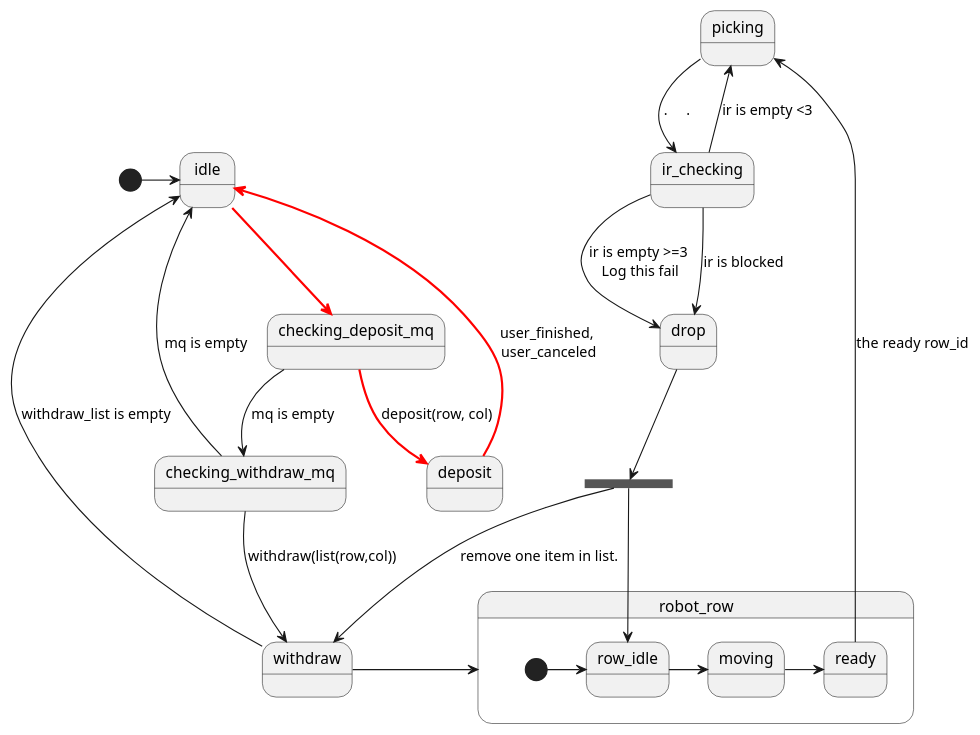
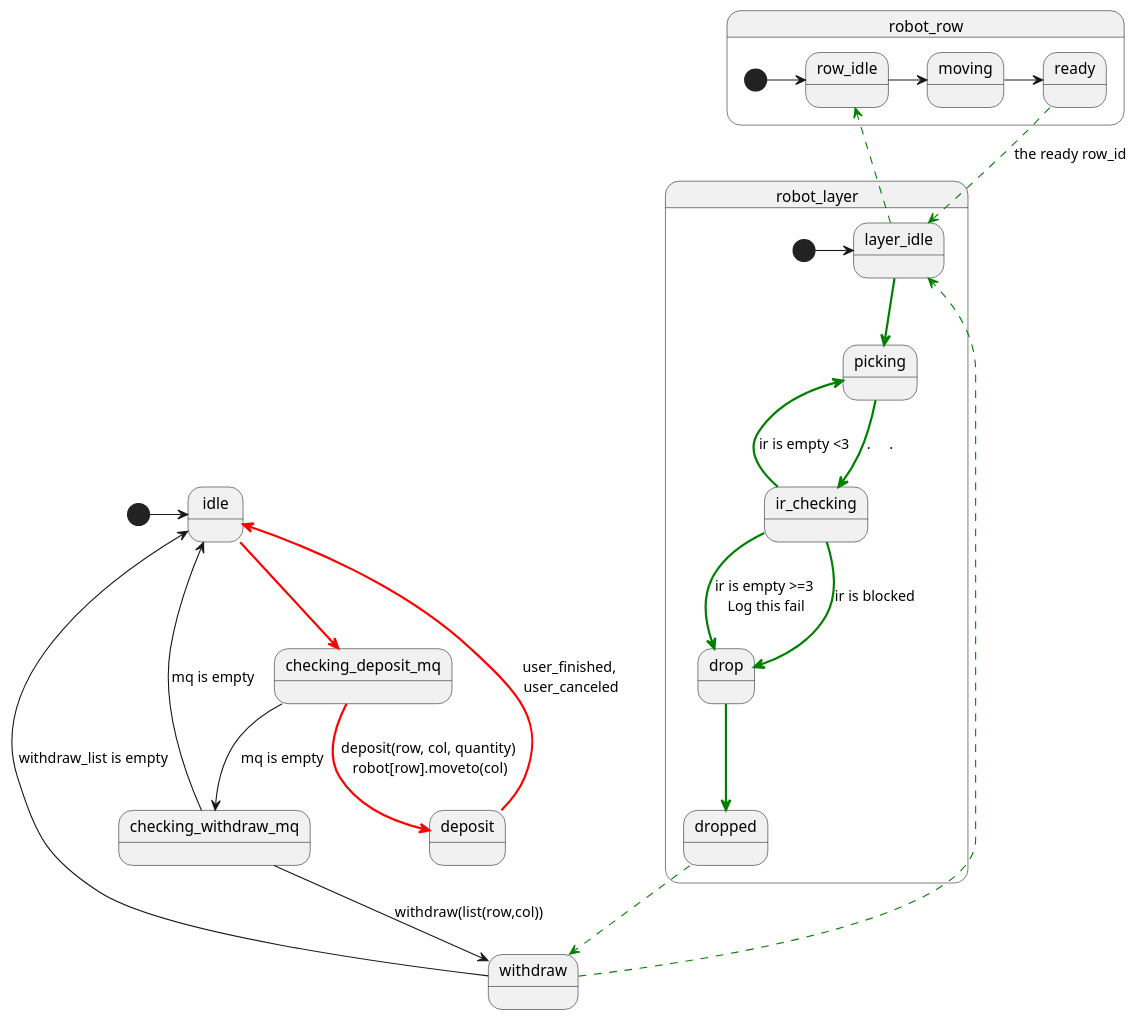
Before and after one commit to voicevon/gobot_front: the diagram in apps/twh2/docs/uml_robot_statemachine.puml, drawn with PlantUML. The commit also changed 8 other files, not shown here.

```diff
--- a/apps/twh2/docs/uml_robot_statemachine.puml
+++ b/apps/twh2/docs/uml_robot_statemachine.puml
@@ -1,51 +1,49 @@
 @startuml
 [*] -> idle
-' state Row {
-'   state row_idle {
-'   }
-'   state row_moving {
-'   }
-'   state row_ready {
-'   }
-' }
+
+idle-[#red,bold]-> checking_deposit_mq
+checking_deposit_mq -[#red,bold]-> deposit: deposit(row, col, quantity) \nrobot[row].moveto(col)
+deposit -[#red,bold]-> idle: user_finished, \nuser_canceled
+
+checking_deposit_mq --> checking_withdraw_mq: mq is empty
+checking_withdraw_mq --> idle: mq is empty
+checking_withdraw_mq --> withdraw: withdraw(list(row,col))
+withdraw -> idle: withdraw_list is empty
 
 
-' row_moving -[#red,bold]-> row_ready
-idle-[#red,bold]-> checking_deposit_mq
-checking_deposit_mq -[#red,bold]-> deposit: deposit(row, col)
-' deposit -[#red,bold]-> row_moving: G1R5C6
-deposit -[#red,bold]-> idle: user_finished, \nuser_canceled
+  state robot_row {
+    [*] -> row_idle 
+    row_idle -> moving
+    moving -> ready
+  }
+  
+state robot_layer{
+  [*] -> layer_idle
+  layer_idle -[#green,bold]-> picking
+  picking -[#green,bold]-> ir_checking: .     .
+  ir_checking -[#green,bold]-> drop: ir is blocked
+  drop -[#green,bold]-> dropped
+  ir_checking -[#green,bold]-> drop: ir is empty >=3 \nLog this fail
+  ir_checking -[#green,bold]-> picking: ir is empty <3
 
-
-checking_deposit_mq --> checking_withdraw_mq: mq is empty
+  ' dropped -[#green]-> layer_idle
 
 
 
 
-checking_withdraw_mq --> idle: mq is empty
-checking_withdraw_mq --> withdraw: withdraw(list(row,col))
-withdraw --> robot_row
-state robot_row {
-  [*] -> row_idle 
-  row_idle ->moving
-  moving -> ready
-'   row_x_is_ready --> row_x_is_idle
+  ready -[#green,bold,dashed]->layer_idle: the ready row_id
+  ' dropped -[#green]-> row_idle
 
 }
+withdraw -[#green,bold,dashed]-> layer_idle
+layer_idle -[#green,bold,dashed]-> row_idle
 
-ready -->picking: the ready row_id
-picking -> ir_checking: .     .
-ir_checking --> picking: ir is empty <3
-ir_checking --> drop: ir is blocked
-ir_checking --> drop: ir is empty >=3 \nLog this fail
-state drop_folk <<fork>>
-drop --> drop_folk
-drop_folk --> withdraw: remove one item in list.
-drop_folk --> row_idle
-withdraw --> idle: withdraw_list is empty
-' drop --> drop_end
-' drop_end --> row_idle
-' drop_end --> idle: all rows are idle
+dropped -[#green,bold,dashed]-> withdraw
+
+
+' drop_folk -[#green,bold]-> withdraw: remove one item in list.
+
+
 
 
 @enduml
```
